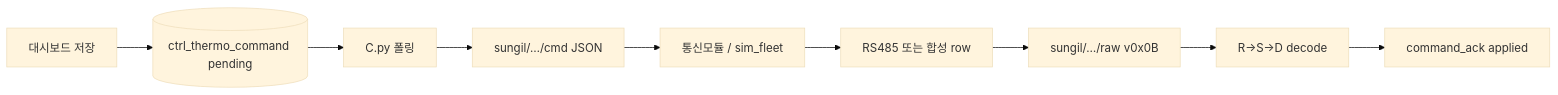
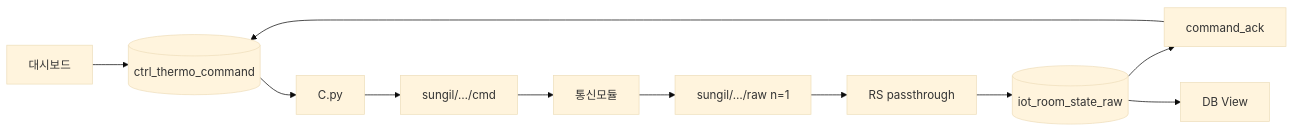
The fourth of 4 diagrams in 데이터폼 정책문서.md (SIJackLee/dashboard), drawn with Mermaid (base theme) before and after one commit. The commit also changed other lines of this file and 9 other files, not shown here.

First line of the commit message:
feat: RS-DB-C raw LIVE decode and cloud deploy docs

````diff
--- a/데이터폼 정책문서.md
+++ b/데이터폼 정책문서.md
@@ -524,11 +747,13 @@
 ```mermaid
 flowchart LR
-  UI[대시보드 저장] --> DB[(ctrl_thermo_command pending)]
-  DB --> C[C.py 폴링]
-  C --> MQTT[sungil/…/cmd JSON]
-  MQTT --> CM[통신모듈 / sim_fleet]
-  CM --> RS[RS485 또는 합성 row]
-  RS --> RAW[sungil/…/raw v0x0B]
-  RAW --> RSD[R→S→D decode]
-  RSD --> ACK[command_ack applied]
+  UI[대시보드] --> CMDDB[(ctrl_thermo_command)]
+  CMDDB --> C[C.py]
+  C --> MQTT[sungil/…/cmd]
+  MQTT --> CM[통신모듈]
+  CM --> RAW[sungil/…/raw n=1]
+  RAW --> RS[RS passthrough]
+  RS --> RAWDB[(iot_room_state_raw)]
+  RAWDB --> ACK[command_ack]
+  ACK --> CMDDB
+  RAWDB --> VIEW[DB View]
 ```
````
